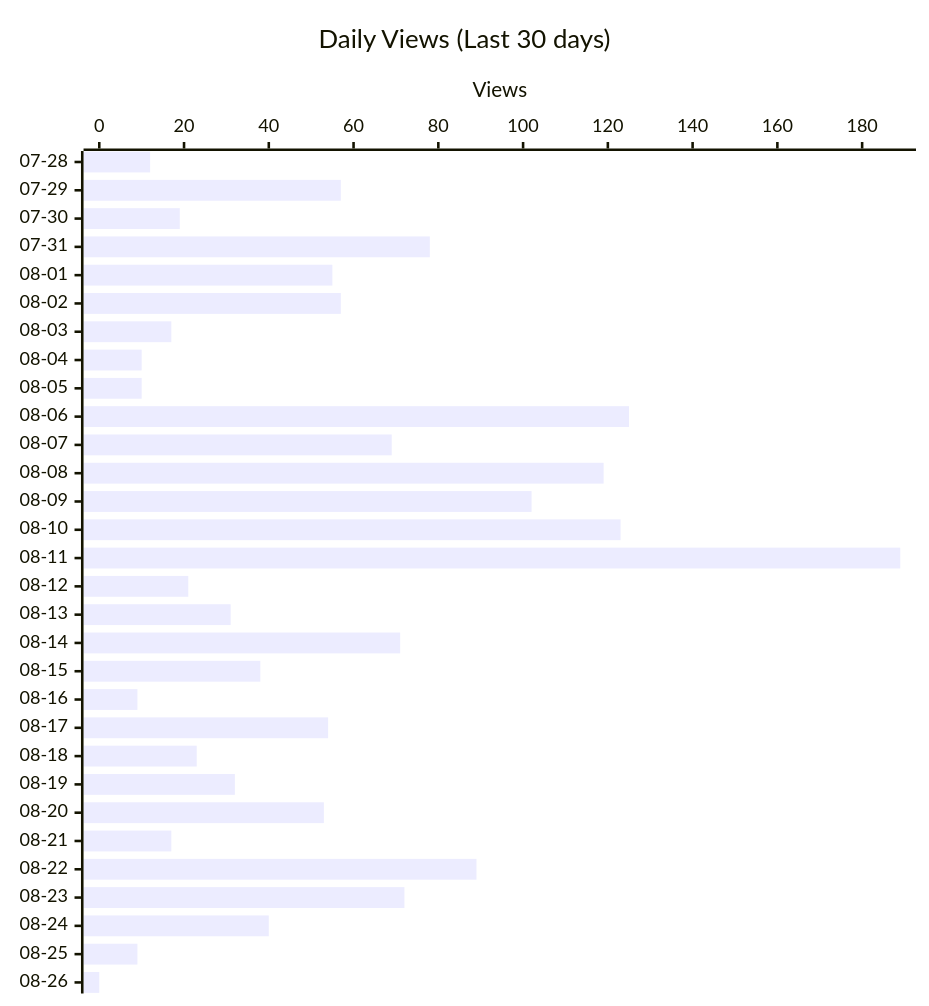
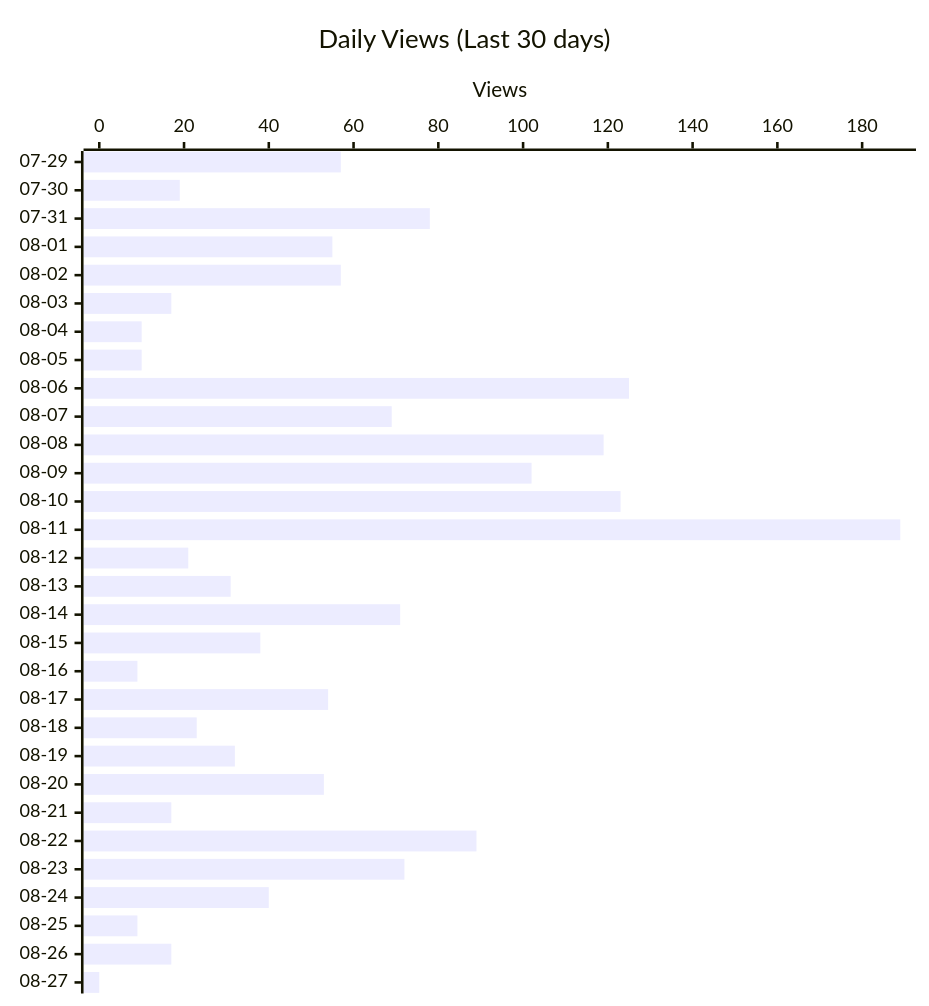
The second of 4 diagrams in README.md (shigechika/github-insights), drawn with Mermaid before and after one commit. The commit also changed other lines of this file and 2 other files, not shown here.

````diff
--- a/README.md
+++ b/README.md
@@ -28,12 +28,12 @@
 ```mermaid
 ---
 config:
   xyChart:
     height: 760
 ---
 xychart-beta horizontal
     title "Daily Views (Last 30 days)"
-    x-axis ["07-28", "07-29", "07-30", "07-31", "08-01", "08-02", "08-03", "08-04", "08-05", "08-06", "08-07", "08-08", "08-09", "08-10", "08-11", "08-12", "08-13", "08-14", "08-15", "08-16", "08-17", "08-18", "08-19", "08-20", "08-21", "08-22", "08-23", "08-24", "08-25", "08-26"]
+    x-axis ["07-29", "07-30", "07-31", "08-01", "08-02", "08-03", "08-04", "08-05", "08-06", "08-07", "08-08", "08-09", "08-10", "08-11", "08-12", "08-13", "08-14", "08-15", "08-16", "08-17", "08-18", "08-19", "08-20", "08-21", "08-22", "08-23", "08-24", "08-25", "08-26", "08-27"]
     y-axis "Views"
-    bar [12, 57, 19, 78, 55, 57, 17, 10, 10, 125, 69, 119, 102, 123, 189, 21, 31, 71, 38, 9, 54, 23, 32, 53, 17, 89, 72, 40, 9, 0]
+    bar [57, 19, 78, 55, 57, 17, 10, 10, 125, 69, 119, 102, 123, 189, 21, 31, 71, 38, 9, 54, 23, 32, 53, 17, 89, 72, 40, 9, 17, 0]
 ```
````
